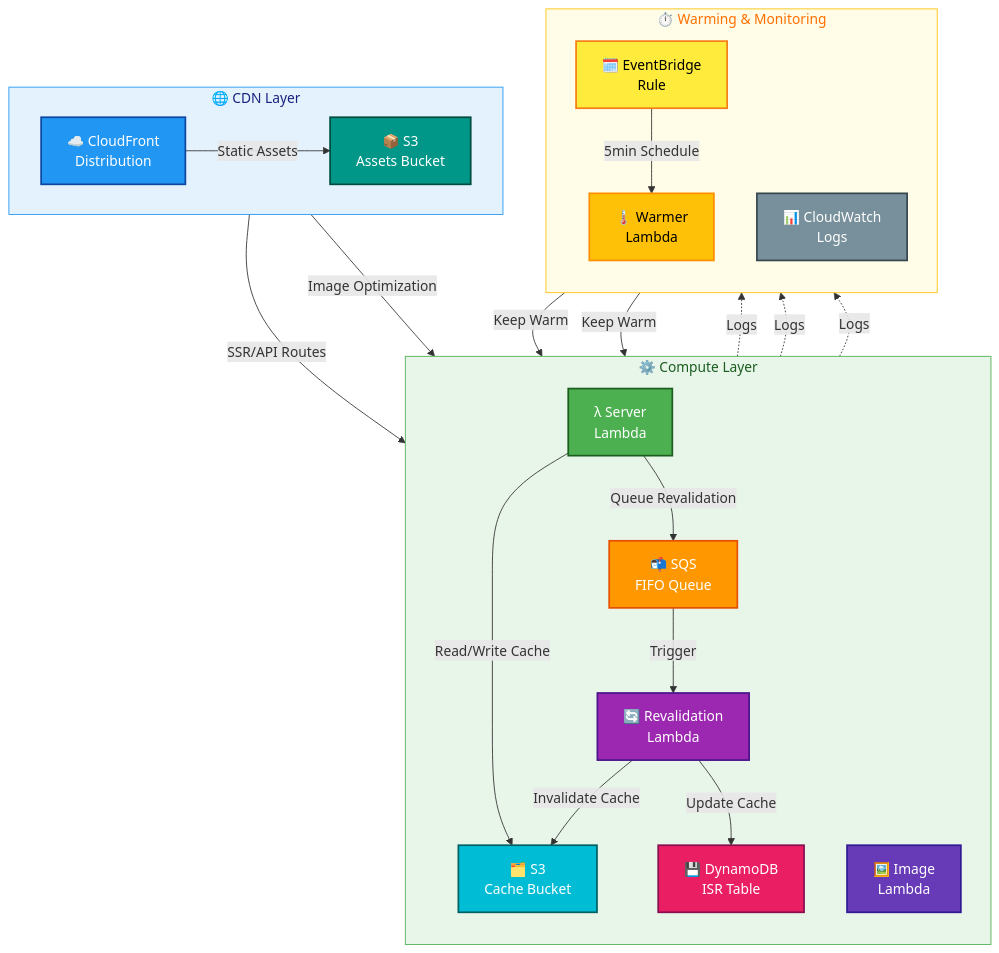
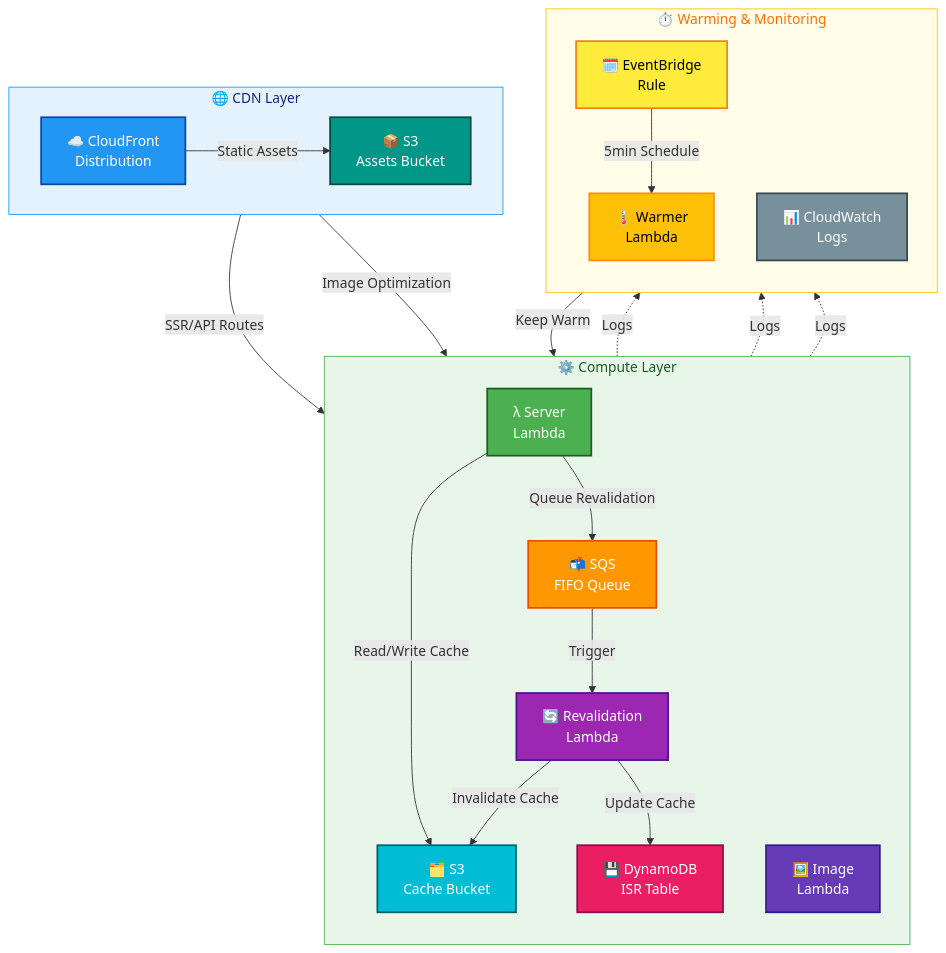
One commit to Jan-IngenHousz-Institute/open-jii changed the diagram in infrastructure/modules/opennext/README.md. Above: the diagram before and after it, drawn with Mermaid. The commit also changed 4 other files, not shown here.

````diff
--- a/infrastructure/modules/opennext/README.md
+++ b/infrastructure/modules/opennext/README.md
@@ -11,72 +11,71 @@
 ```mermaid
 flowchart TD
   %% Subgraphs define logical grouping and node ownership
   subgraph CDN_Layer["🌐 CDN Layer"]
     direction LR
     CF[☁️ CloudFront<br>Distribution]
     S3A[📦 S3<br>Assets Bucket]
   end
 
   subgraph Compute_Layer["⚙️ Compute Layer"]
     direction TB
     SL[λ Server<br>Lambda]
     IL[🖼️ Image<br>Lambda]
     S3C[🗂️ S3<br>Cache Bucket]
     SQS[📬 SQS<br>FIFO Queue]
     RL[🔄 Revalidation<br>Lambda]
     DDB[💾 DynamoDB<br>ISR Table]
   end
 
   subgraph Warming_Monitoring["⏱️ Warming & Monitoring"]
     direction TB
     EB[🗓️ EventBridge<br>Rule]
     WL[🌡️ Warmer<br>Lambda]
     CW[📊 CloudWatch<br>Logs]
   end
 
   %% Connections between nodes
   %% CDN Layer flow
   CF -- "Static Assets" --> S3A
   CF -- "SSR/API Routes" --> SL
   CF -- "Image Optimization" --> IL
 
   %% Compute Layer flow
   SL -- "Read/Write Cache" --> S3C
   SL -- "Queue Revalidation" --> SQS
   SQS -- "Trigger" --> RL
   RL -- "Invalidate Cache" --> S3C
   RL -- "Update Cache" --> DDB
 
   %% Warming flow
   EB -- "5min Schedule" --> WL
   WL -- "Keep Warm" --> SL
-  WL -- "Keep Warm" --> IL
 
   %% Logging connections (dashed lines)
   SL -.->|Logs| CW
   IL -.->|Logs| CW
   RL -.->|Logs| CW
 
   %% Styling
   %% Subgraph Styles
   style CDN_Layer fill:#E3F2FD,stroke:#2196F3,stroke-width:1px,color:#1A237E
   style Compute_Layer fill:#E8F5E9,stroke:#4CAF50,stroke-width:1px,color:#1B5E20
   style Warming_Monitoring fill:#FFFDE7,stroke:#FFC107,stroke-width:1px,color:#FF6F00
 
   %% Node Styles - CDN Layer (Blues/Teals)
   style CF fill:#2196F3,stroke:#0D47A1,color:white,stroke-width:2px
   style S3A fill:#009688,stroke:#004D40,color:white,stroke-width:2px
 
   %% Node Styles - Compute Layer (Greens, Purples, Oranges, Pinks)
   style SL fill:#4CAF50,stroke:#1B5E20,color:white,stroke-width:2px
   style IL fill:#673AB7,stroke:#311B92,color:white,stroke-width:2px
   style RL fill:#9C27B0,stroke:#4A148C,color:white,stroke-width:2px
   style S3C fill:#00BCD4,stroke:#006064,color:white,stroke-width:2px
   style SQS fill:#FF9800,stroke:#E65100,color:white,stroke-width:2px
   style DDB fill:#E91E63,stroke:#880E4F,color:white,stroke-width:2px
 
   %% Node Styles - Warming & Monitoring Layer (Yellows, Greys)
   style EB fill:#FFEB3B,stroke:#F57F17,color:black,stroke-width:2px
   style WL fill:#FFC107,stroke:#FF8F00,color:black,stroke-width:2px
   style CW fill:#78909C,stroke:#37474F,color:white,stroke-width:2px
 ```
````
